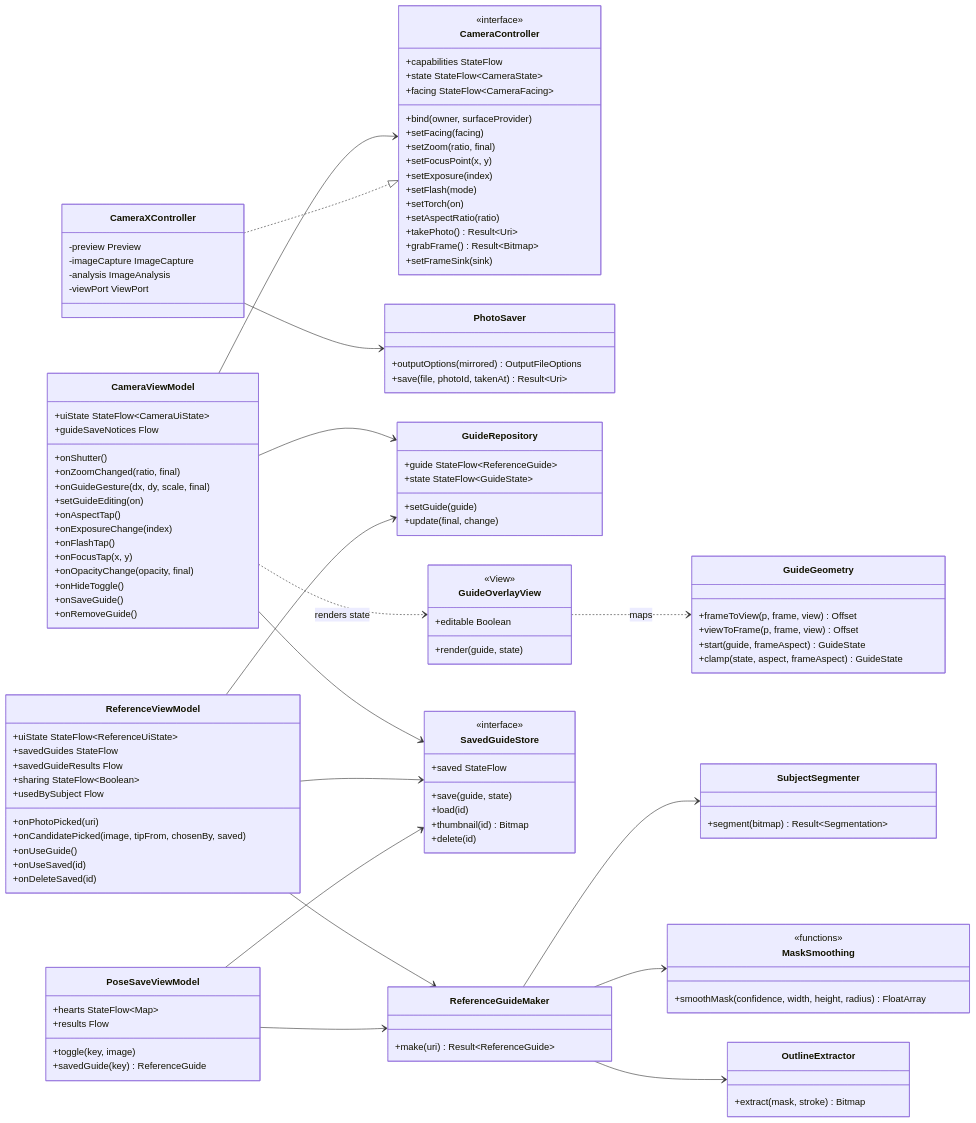
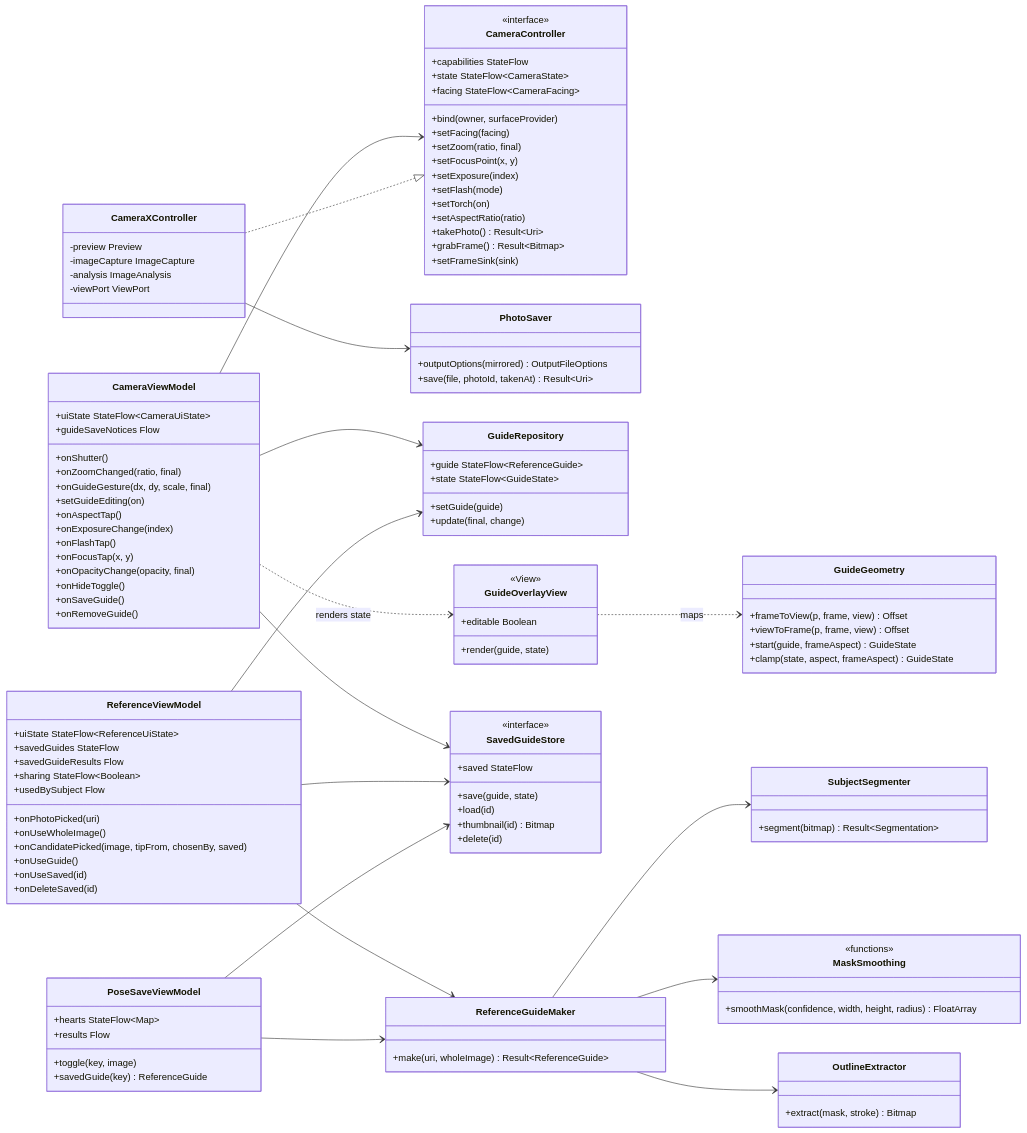
One commit to snuhcs-course/swpp-2026-project-team-10 changed the sixth of 12 diagrams in wiki/Design-Documentation.md. Above: the diagram before and after it, drawn with Mermaid. The commit also changed other lines of this file and 33 other files, not shown here.

```diff
--- a/wiki/Design-Documentation.md
+++ b/wiki/Design-Documentation.md
@@ -579,6 +581,7 @@
     +sharing StateFlow~Boolean~
     +usedBySubject Flow
     +onPhotoPicked(uri)
+    +onUseWholeImage()
     +onCandidatePicked(image, tipFrom, chosenBy, saved)
     +onUseGuide()
     +onUseSaved(id)
@@ -624,7 +627,7 @@
     +update(final, change)
   }
   class ReferenceGuideMaker {
-    +make(uri) Result~ReferenceGuide~
+    +make(uri, wholeImage) Result~ReferenceGuide~
   }
   class SubjectSegmenter {
     +segment(bitmap) Result~Segmentation~
```
